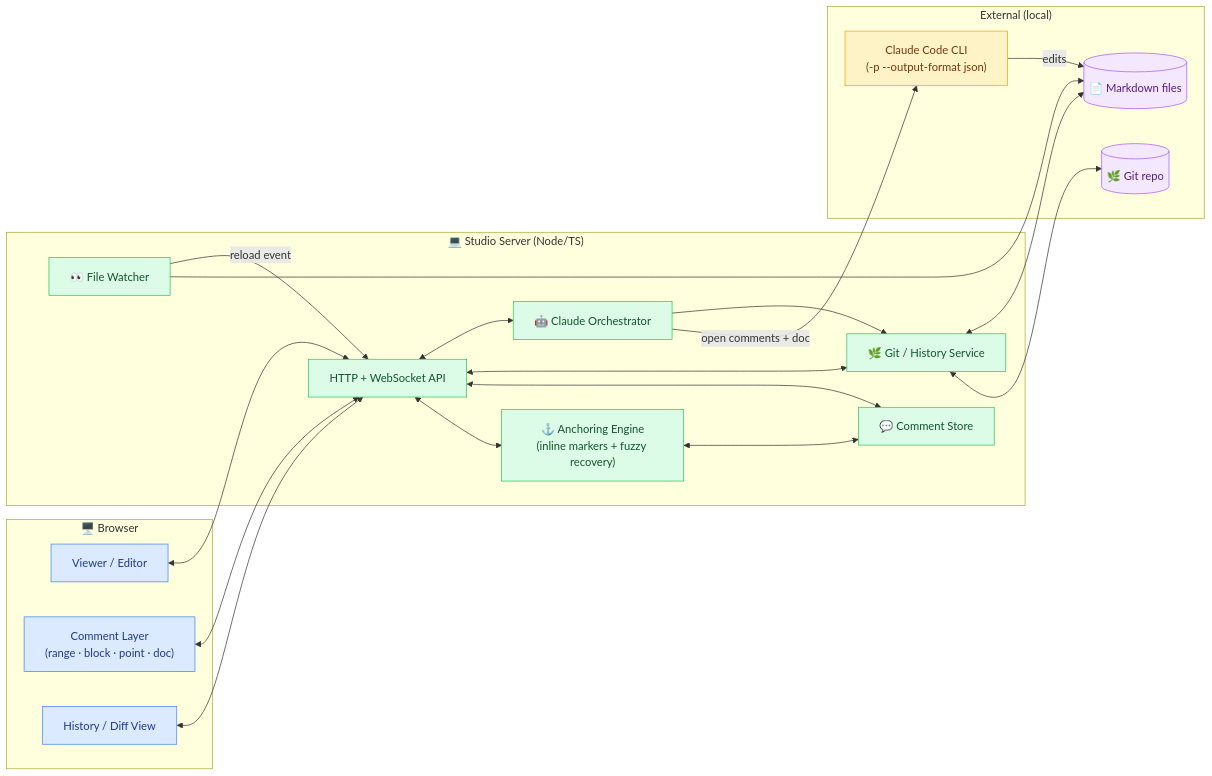
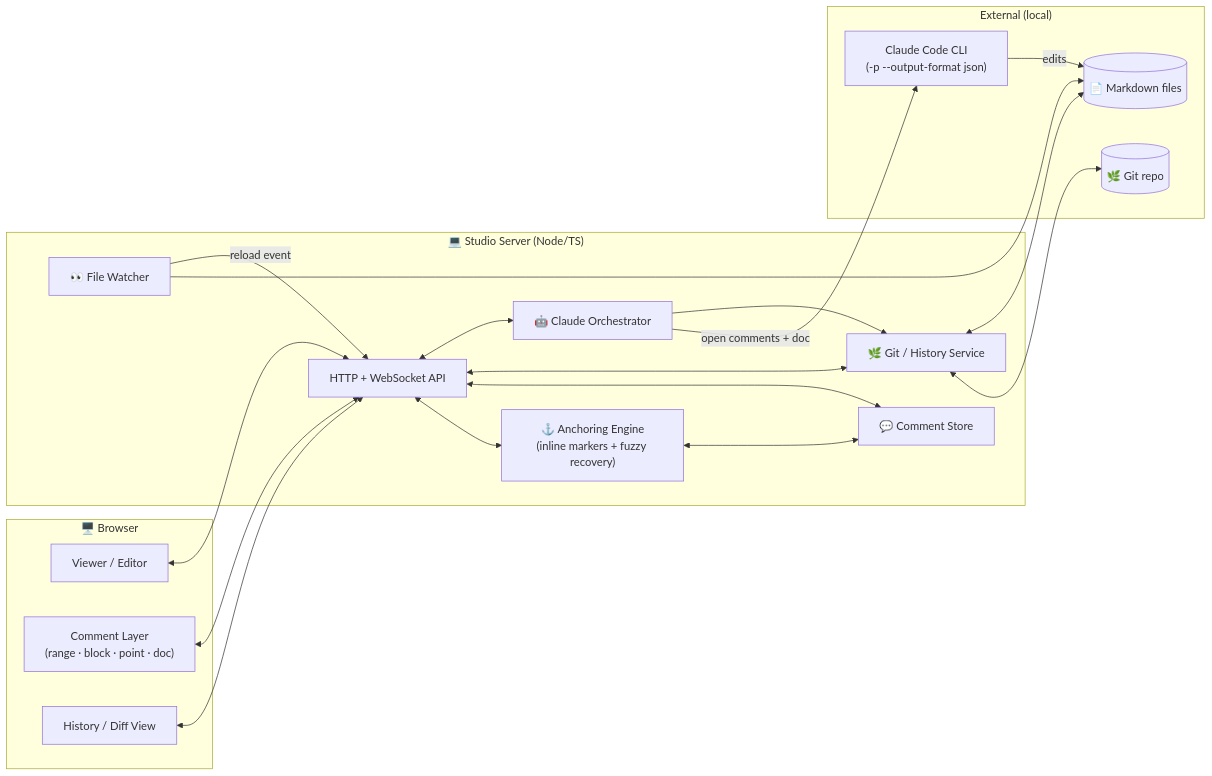
One commit to omars-lab/omars-lab.github.io changed the fourth of 15 diagrams in bytesofpurpose-blog/designs/2026-06-22-markdown-review-studio.mdx. Above: the diagram before and after it, drawn with Mermaid. The commit also changed other lines of this file and 6 other files, not shown here.

First line of the commit message:
feat(designs): on-brand mermaid theme + dark-mode-adaptive diagrams

````diff
--- a/bytesofpurpose-blog/designs/2026-06-22-markdown-review-studio.mdx
+++ b/bytesofpurpose-blog/designs/2026-06-22-markdown-review-studio.mdx
@@ -366,48 +346,40 @@
 ```mermaid
 graph LR
     subgraph browser["🖥️ Browser"]
         V["Viewer / Editor"]
         CL["Comment Layer<br/>(range · block · point · doc)"]
         H["History / Diff View"]
     end
 
     subgraph server["💻 Studio Server (Node/TS)"]
         API["HTTP + WebSocket API"]
         ANCH["⚓ Anchoring Engine<br/>(inline markers + fuzzy recovery)"]
         CS["💬 Comment Store"]
         GIT["🌿 Git / History Service"]
         ORCH["🤖 Claude Orchestrator"]
         WATCH["👀 File Watcher"]
     end
 
     subgraph ext["External (local)"]
         FS[("📄 Markdown files")]
         REPO[("🌿 Git repo")]
         CC["Claude Code CLI<br/>(-p --output-format json)"]
     end
 
     V <--> API
     CL <--> API
     H <--> API
     API <--> ANCH
     API <--> CS
     API <--> GIT
     API <--> ORCH
     ANCH <--> CS
     ORCH -->|"open comments + doc"| CC
     CC -->|"edits"| FS
     ORCH --> GIT
     GIT <--> REPO
     GIT <--> FS
     WATCH --> FS
     WATCH -->|"reload event"| API
 
-    classDef ui fill:#dbeafe,stroke:#3b82f6,color:#1e3a8a
-    classDef srv fill:#dcfce7,stroke:#22c55e,color:#14532d
-    classDef agent fill:#fef3c7,stroke:#f59e0b,color:#78350f
-    classDef store fill:#f3e8ff,stroke:#a855f7,color:#581c87
-    class V,CL,H ui
-    class API,ANCH,CS,GIT,ORCH,WATCH srv
-    class CC agent
-    class FS,REPO store
 ```
````
